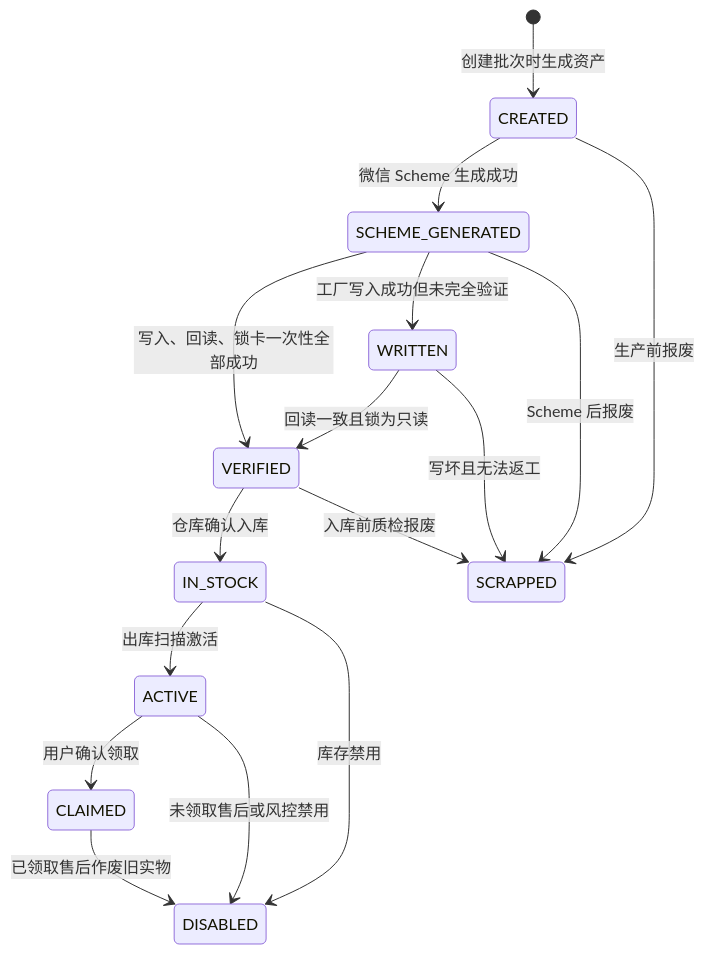
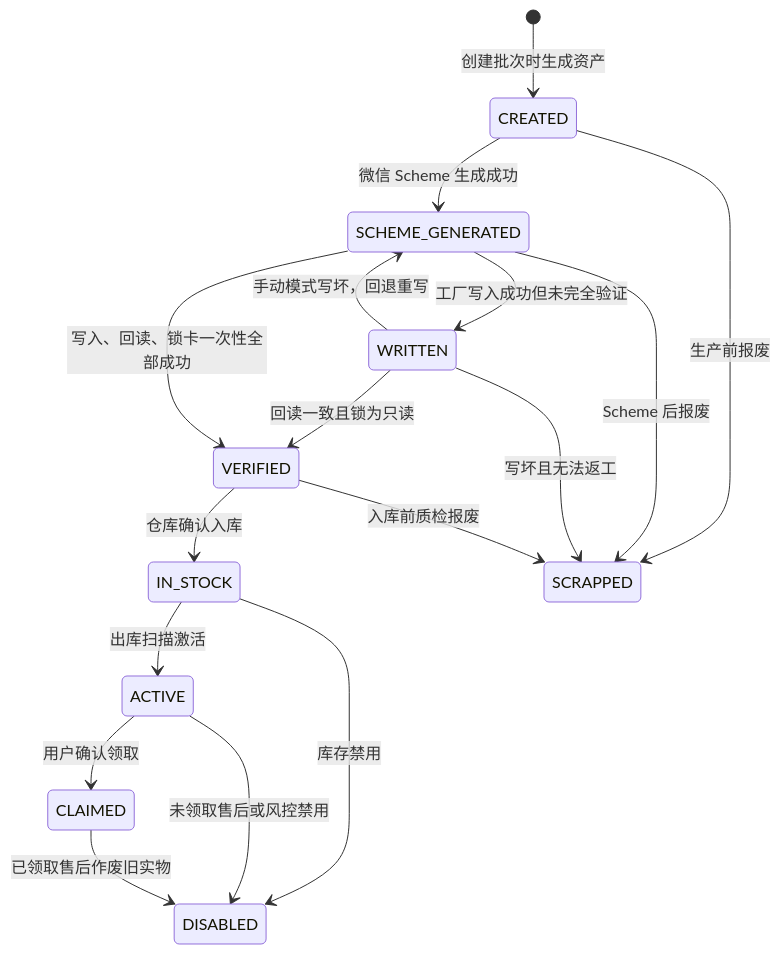
Diagram 12 of 20 in main/docs/egg-nfc-lifecycle-flow.md (haixinke/xiaozhi-esp32-server), drawn with Mermaid before and after one commit. The commit also changed other lines of this file, not shown here.

````diff
--- a/main/docs/egg-nfc-lifecycle-flow.md
+++ b/main/docs/egg-nfc-lifecycle-flow.md
@@ -376,20 +438,21 @@
 ```mermaid
 stateDiagram-v2
     [*] --> CREATED: 创建批次时生成资产
     CREATED --> SCHEME_GENERATED: 微信 Scheme 生成成功
     SCHEME_GENERATED --> WRITTEN: 工厂写入成功但未完全验证
+    WRITTEN --> SCHEME_GENERATED: 手动模式写坏，回退重写
     WRITTEN --> VERIFIED: 回读一致且锁为只读
     SCHEME_GENERATED --> VERIFIED: 写入、回读、锁卡一次性全部成功
     VERIFIED --> IN_STOCK: 仓库确认入库
     IN_STOCK --> ACTIVE: 出库扫描激活
     ACTIVE --> CLAIMED: 用户确认领取
 
     CREATED --> SCRAPPED: 生产前报废
     SCHEME_GENERATED --> SCRAPPED: Scheme 后报废
     WRITTEN --> SCRAPPED: 写坏且无法返工
     VERIFIED --> SCRAPPED: 入库前质检报废
 
     IN_STOCK --> DISABLED: 库存禁用
     ACTIVE --> DISABLED: 未领取售后或风控禁用
     CLAIMED --> DISABLED: 已领取售后作废旧实物
 ```
````
